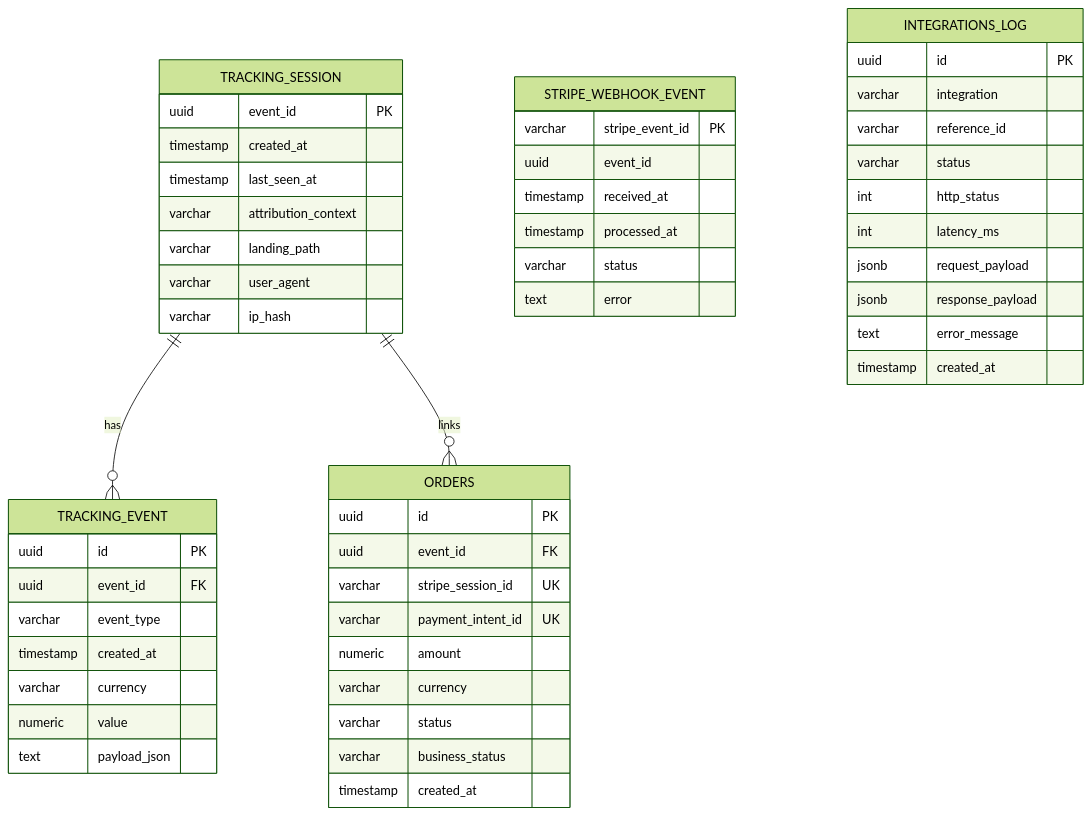
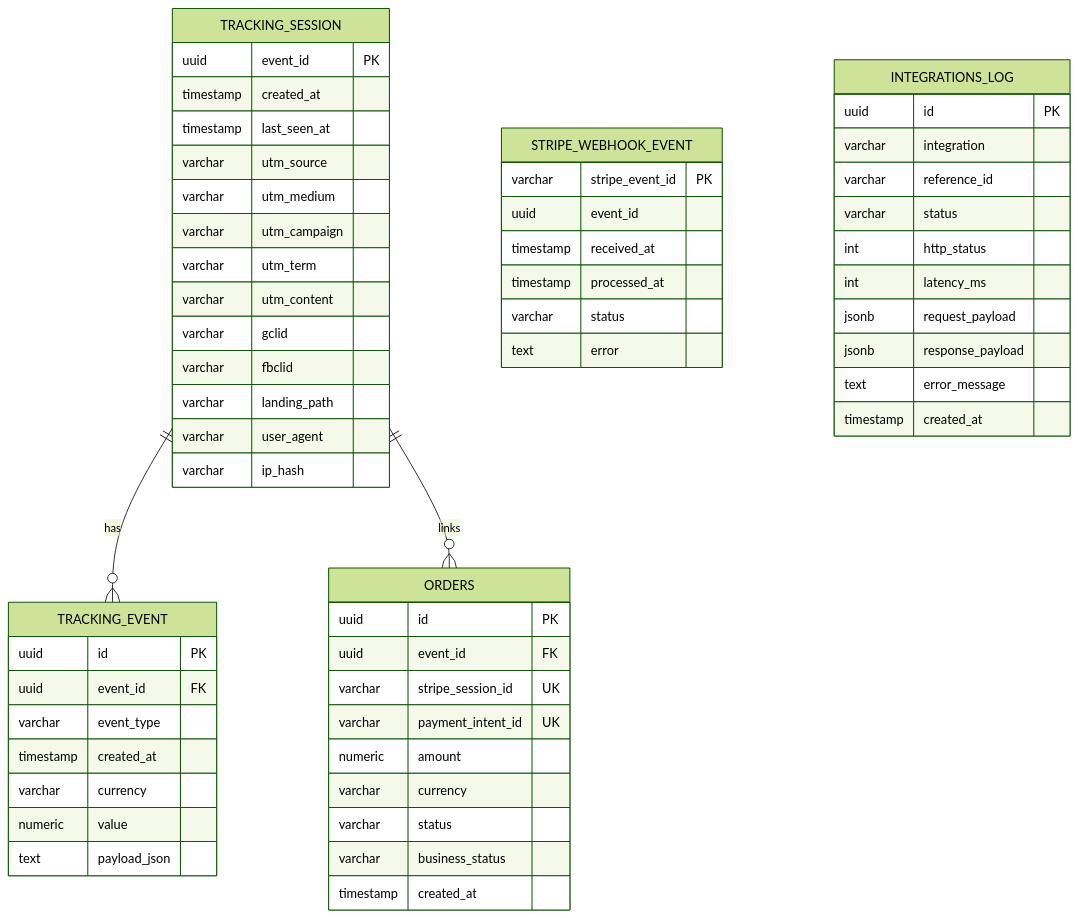
Before and after one commit to No-Country-simulation/S02-26-Equipo-15-Web-App-Development: the first of 2 diagrams in infra/modelo_bdd.md, drawn with Mermaid (forest theme). The commit also changed other lines of this file and 1 other file, not shown here.

Commit message:
feat(admin): show customer email and campaign in trace session info

````diff
--- a/infra/modelo_bdd.md
+++ b/infra/modelo_bdd.md
@@ -8,59 +8,65 @@
 ```mermaid
 erDiagram
     TRACKING_SESSION {
         uuid event_id PK
         timestamp created_at
         timestamp last_seen_at
-        varchar attribution_context
+        varchar utm_source
+        varchar utm_medium
+        varchar utm_campaign
+        varchar utm_term
+        varchar utm_content
+        varchar gclid
+        varchar fbclid
         varchar landing_path
         varchar user_agent
         varchar ip_hash
     }
 
     TRACKING_EVENT {
         uuid id PK
         uuid event_id FK
         varchar event_type
         timestamp created_at
         varchar currency
         numeric value
         text payload_json
     }
 
     ORDERS {
         uuid id PK
         uuid event_id FK
         varchar stripe_session_id UK
         varchar payment_intent_id UK
         numeric amount
         varchar currency
         varchar status
         varchar business_status
         timestamp created_at
     }
 
     STRIPE_WEBHOOK_EVENT {
         varchar stripe_event_id PK
         uuid event_id
         timestamp received_at
         timestamp processed_at
         varchar status
         text error
     }
 
     INTEGRATIONS_LOG {
         uuid id PK
         varchar integration
         varchar reference_id
         varchar status
         int http_status
         int latency_ms
         jsonb request_payload
         jsonb response_payload
         text error_message
         timestamp created_at
     }
 
     TRACKING_SESSION ||--o{ TRACKING_EVENT : has
     TRACKING_SESSION ||--o{ ORDERS : links
 ```
````
